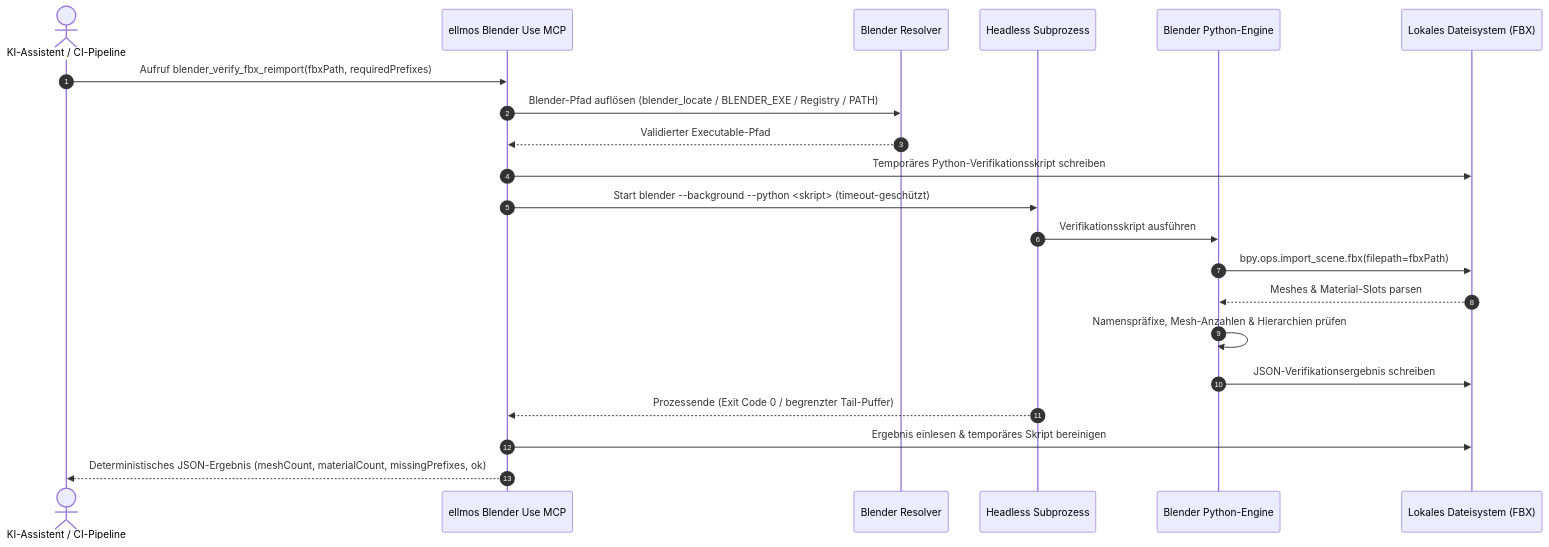
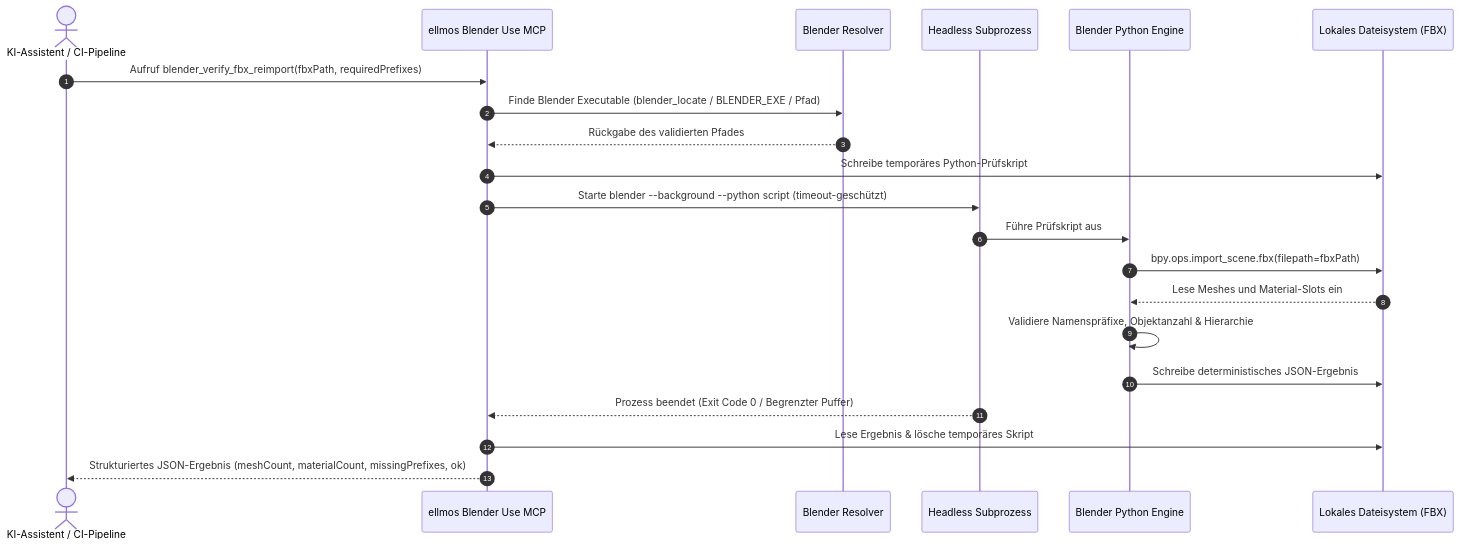
One commit to ellmos-ai/ellmos-blender-use-mcp changed the second of 2 diagrams in README_de.md. Above: the diagram before and after it, drawn with Mermaid. The commit also changed other lines of this file and 8 other files, not shown here.

````diff
--- a/README_de.md
+++ b/README_de.md
@@ -101,24 +158,24 @@
 ```mermaid
 sequenceDiagram
     autonumber
     actor Client as KI-Assistent / CI-Pipeline
     participant Server as ellmos Blender Use MCP
     participant Resolver as Blender Resolver
     participant Process as Headless Subprozess
-    participant Python as Blender Python-Engine
+    participant Python as Blender Python Engine
     participant FS as Lokales Dateisystem (FBX)
 
     Client->>Server: Aufruf blender_verify_fbx_reimport(fbxPath, requiredPrefixes)
-    Server->>Resolver: Blender-Pfad auflösen (blender_locate / BLENDER_EXE / Registry / PATH)
-    Resolver-->>Server: Validierter Executable-Pfad
-    Server->>FS: Temporäres Python-Verifikationsskript schreiben
-    Server->>Process: Start blender --background --python <skript> (timeout-geschützt)
-    Process->>Python: Verifikationsskript ausführen
+    Server->>Resolver: Finde Blender Executable (blender_locate / BLENDER_EXE / Pfad)
+    Resolver-->>Server: Rückgabe des validierten Pfades
+    Server->>FS: Schreibe temporäres Python-Prüfskript
+    Server->>Process: Starte blender --background --python script (timeout-geschützt)
+    Process->>Python: Führe Prüfskript aus
     Python->>FS: bpy.ops.import_scene.fbx(filepath=fbxPath)
-    FS-->>Python: Meshes & Material-Slots parsen
-    Python->>Python: Namenspräfixe, Mesh-Anzahlen & Hierarchien prüfen
-    Python->>FS: JSON-Verifikationsergebnis schreiben
-    Process-->>Server: Prozessende (Exit Code 0 / begrenzter Tail-Puffer)
-    Server->>FS: Ergebnis einlesen & temporäres Skript bereinigen
-    Server-->>Client: Deterministisches JSON-Ergebnis (meshCount, materialCount, missingPrefixes, ok)
+    FS-->>Python: Lese Meshes und Material-Slots ein
+    Python->>Python: Validiere Namenspräfixe, Objektanzahl & Hierarchie
+    Python->>FS: Schreibe deterministisches JSON-Ergebnis
+    Process-->>Server: Prozess beendet (Exit Code 0 / Begrenzter Puffer)
+    Server->>FS: Lese Ergebnis & lösche temporäres Skript
+    Server-->>Client: Strukturiertes JSON-Ergebnis (meshCount, materialCount, missingPrefixes, ok)
 ```
````
